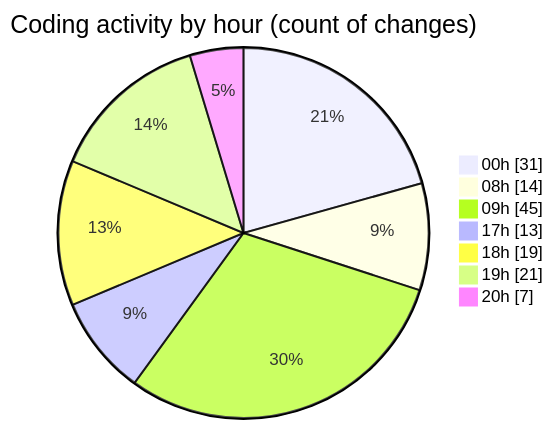
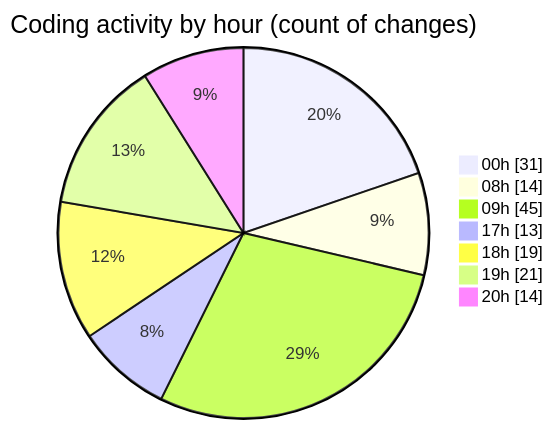
One commit to lephambinh05/code-tracking changed the second of 2 diagrams in 2025-08-03/studybuddy/README.md. Above: the diagram before and after it, drawn with Mermaid. The commit also changed other lines of this file and 1 other file, not shown here.

````diff
--- a/2025-08-03/studybuddy/README.md
+++ b/2025-08-03/studybuddy/README.md
@@ -77,11 +79,11 @@
 ```mermaid
 pie showData
 title Coding activity by hour (count of changes)
 "00h" : 31
 "08h" : 14
 "09h" : 45
 "17h" : 13
 "18h" : 19
 "19h" : 21
-"20h" : 7
+"20h" : 14
 ```
````
